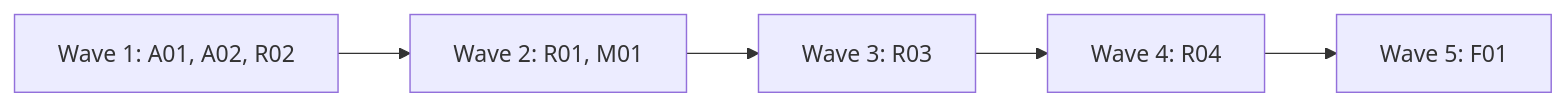
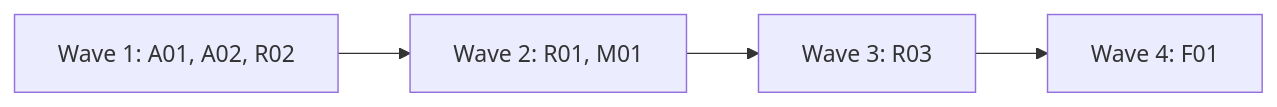
The diagram in docs/plan-0.4.0.md (alfhen/agent-pr-pipeline), drawn with Mermaid before and after one commit. The commit also changed other lines of this file, not shown here.

````diff
--- a/docs/plan-0.4.0.md
+++ b/docs/plan-0.4.0.md
@@ -52,4 +51,4 @@
 ```mermaid
 flowchart LR
-  W1[Wave 1: A01, A02, R02] --> W2[Wave 2: R01, M01] --> W3[Wave 3: R03] --> W4[Wave 4: R04] --> W5[Wave 5: F01]
+  W1[Wave 1: A01, A02, R02] --> W2[Wave 2: R01, M01] --> W3[Wave 3: R03] --> W4[Wave 4: F01]
 ```
````
